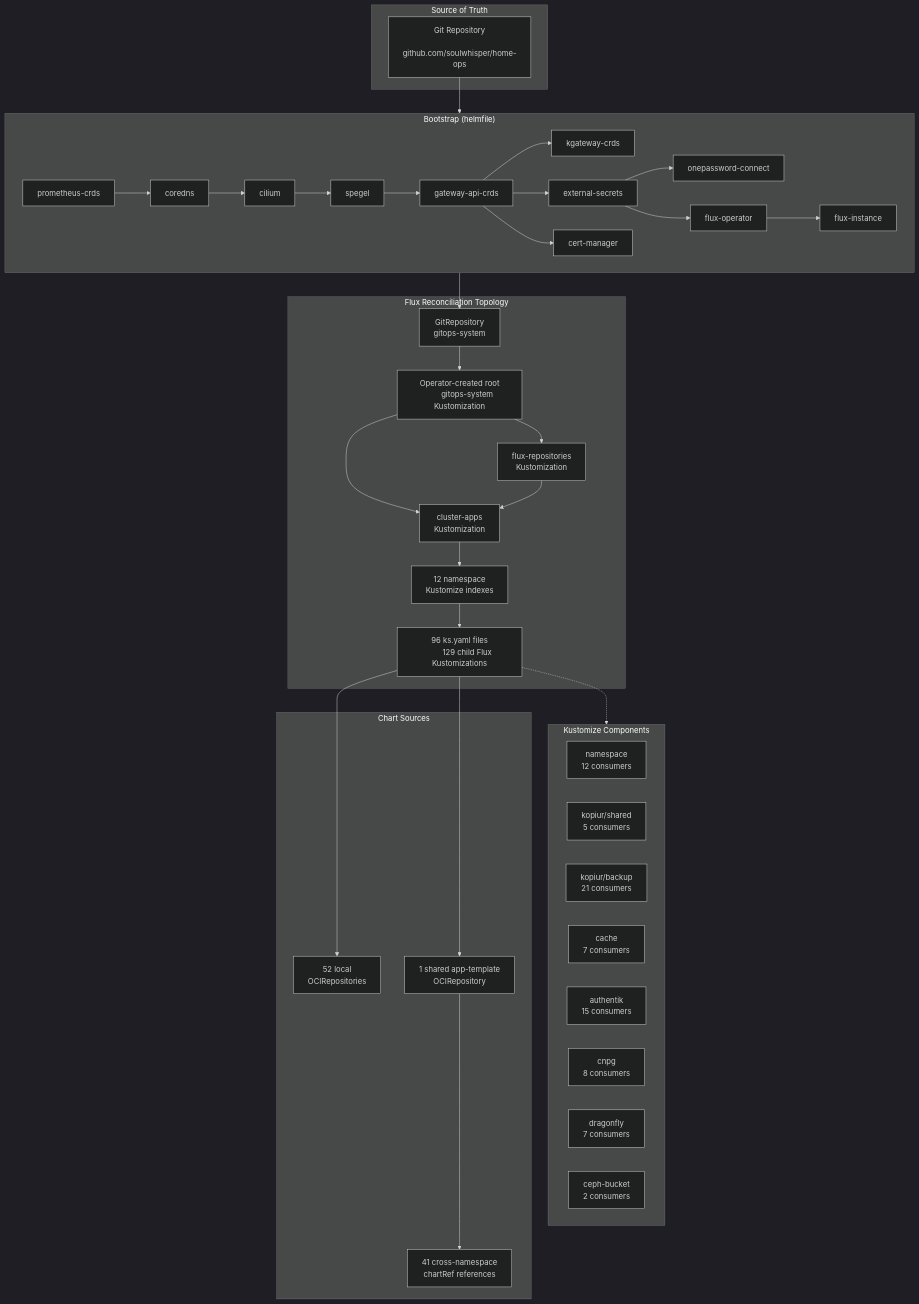
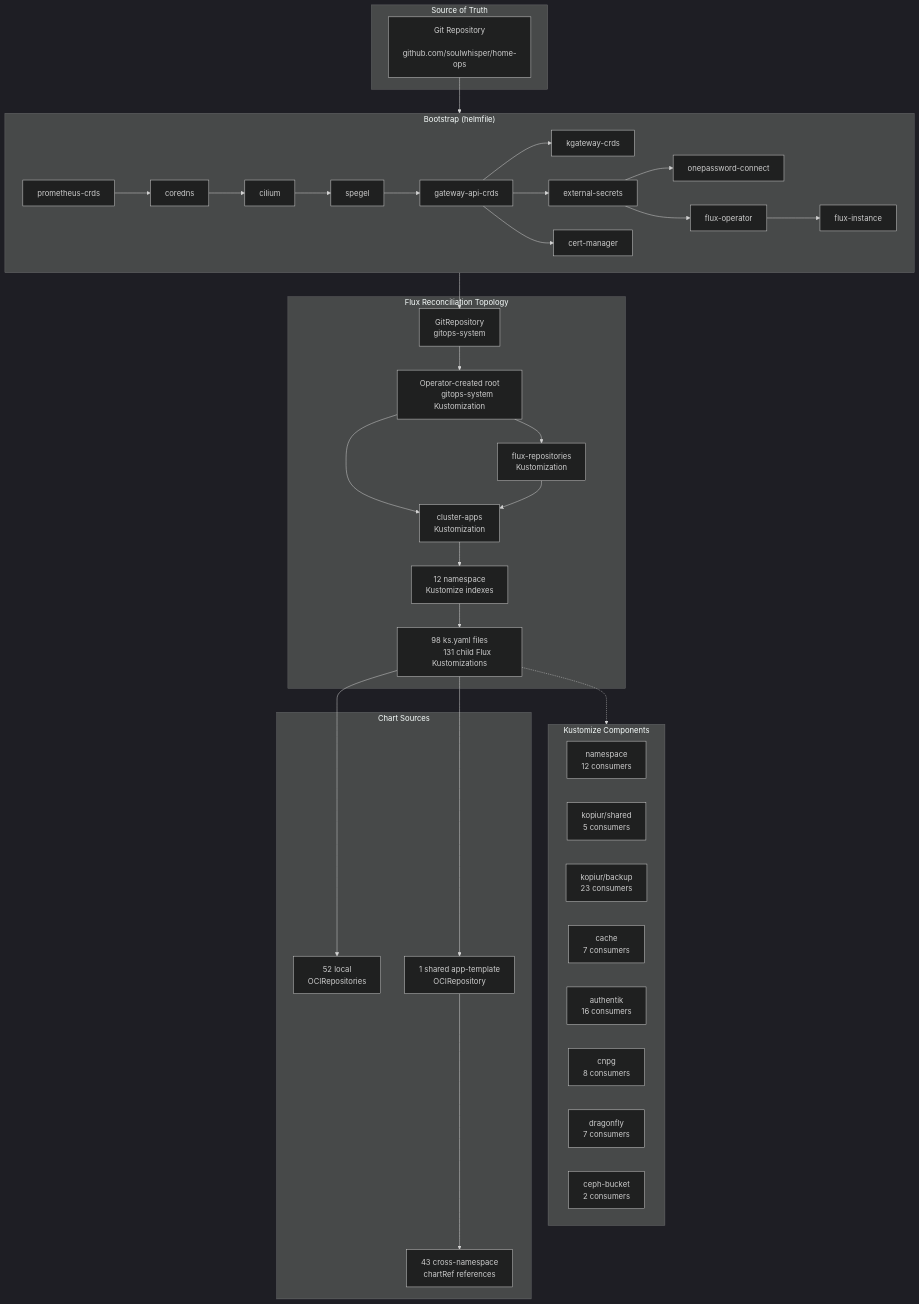
One commit to soulwhisper/home-ops changed the diagram in docs/infrastructure/kubernetes.md. Above: the diagram before and after it, drawn with Mermaid (dark theme). The commit also changed other lines of this file and 19 other files, not shown here.

````diff
--- a/docs/infrastructure/kubernetes.md
+++ b/docs/infrastructure/kubernetes.md
@@ -12,71 +12,71 @@
 ```mermaid
 flowchart TB
     subgraph Source["Source of Truth"]
         GIT["Git Repository
         github.com/soulwhisper/home-ops"]
     end
 
     subgraph Bootstrap["Bootstrap (helmfile)"]
         direction LR
         B1["prometheus-crds"] --> B2["coredns"]
         B2 --> B3["cilium"]
         B3 --> B4["spegel"]
         B4 --> B5["gateway-api-crds"]
         B5 --> B6["kgateway-crds"]
         B5 --> B7["external-secrets"]
         B5 --> B8["cert-manager"]
         B7 --> B9["onepassword-connect"]
         B7 --> B11["flux-operator"]
         B11 --> B12["flux-instance"]
     end
 
     subgraph FluxTopo["Flux Reconciliation Topology"]
         GR["GitRepository
         gitops-system"] --> ROOT["Operator-created root
         gitops-system Kustomization"]
         ROOT --> FR["flux-repositories
         Kustomization"]
         ROOT --> CA["cluster-apps
         Kustomization"]
         FR --> CA
         CA --> NS["12 namespace
         Kustomize indexes"]
-        NS --> APPS["96 ks.yaml files
-        129 child Flux Kustomizations"]
+        NS --> APPS["98 ks.yaml files
+        131 child Flux Kustomizations"]
     end
 
     subgraph Components["Kustomize Components"]
         NS_COMP["namespace
         12 consumers"]
         KOPIUR_SECRET["kopiur/shared
         5 consumers"]
         KOPIUR_BACKUP["kopiur/backup
-        21 consumers"]
+        23 consumers"]
         CACHE["cache
         7 consumers"]
         AUTHENTIK["authentik
-        15 consumers"]
+        16 consumers"]
         CNPG["cnpg
         8 consumers"]
         DRAGONFLY["dragonfly
         7 consumers"]
         CEPH["ceph-bucket
         2 consumers"]
     end
 
     subgraph Charts["Chart Sources"]
         OCI_OWN["52 local
         OCIRepositories"]
         OCI_TPL["1 shared app-template
         OCIRepository"]
-        CROSS["41 cross-namespace
+        CROSS["43 cross-namespace
         chartRef references"]
     end
 
     GIT --> Bootstrap
     Bootstrap --> GR
     APPS -.-> Components
     APPS --> OCI_OWN
     APPS --> OCI_TPL
     OCI_TPL --> CROSS
 ```
````
